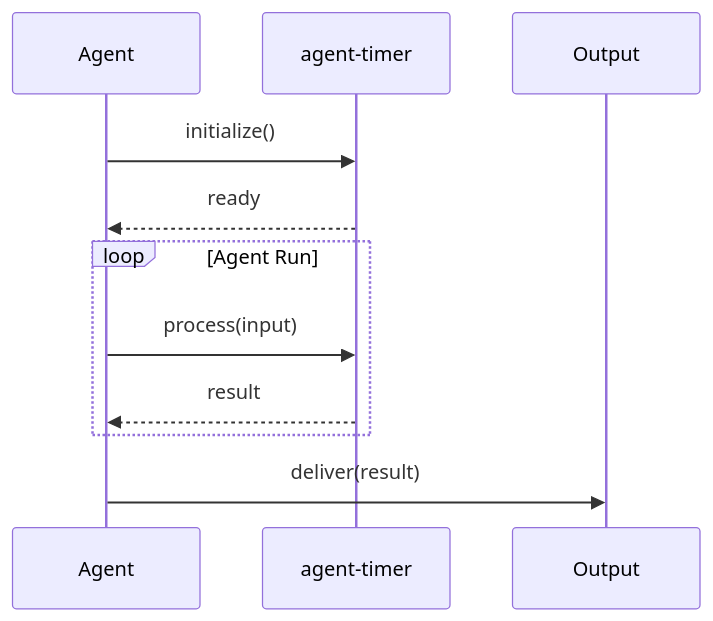
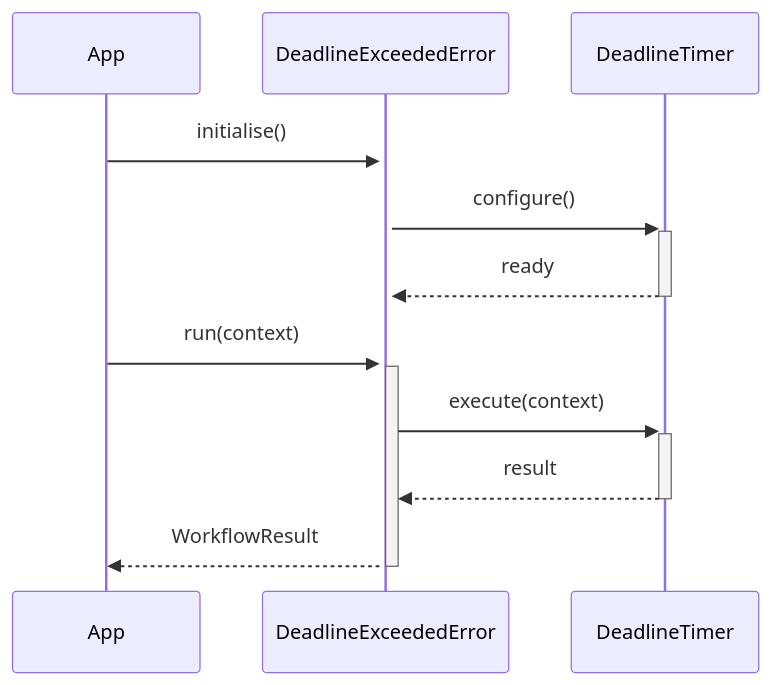
The second of 2 diagrams in README.md (darshjme/agent-timer), drawn with Mermaid before and after one commit. The commit also changed other lines of this file and 1 other file, not shown here.

````diff
--- a/README.md
+++ b/README.md
@@ -72,16 +96,14 @@
 ```mermaid
 sequenceDiagram
-    participant Agent
-    participant AgentTimer as agent-timer
-    participant Output
+    participant App
+    participant DeadlineExceededError
+    participant DeadlineTimer
 
-    Agent->>AgentTimer: initialize()
-    AgentTimer-->>Agent: ready
-
-    loop Agent Run
-        Agent->>AgentTimer: process(input)
-        AgentTimer-->>Agent: result
-    end
-
-    Agent->>Output: deliver(result)
+    App->>+DeadlineExceededError: initialise()
+    DeadlineExceededError->>+DeadlineTimer: configure()
+    DeadlineTimer-->>-DeadlineExceededError: ready
+    App->>+DeadlineExceededError: run(context)
+    DeadlineExceededError->>+DeadlineTimer: execute(context)
+    DeadlineTimer-->>-DeadlineExceededError: result
+    DeadlineExceededError-->>-App: WorkflowResult
 ```
````
